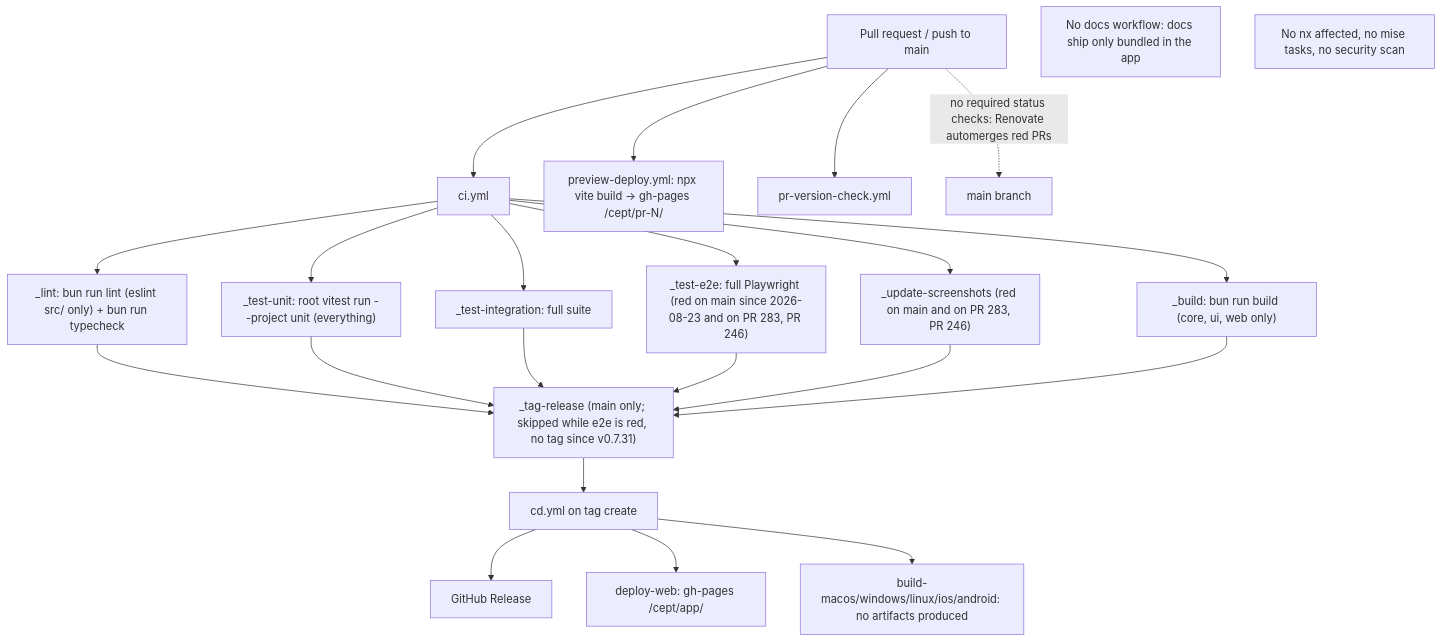
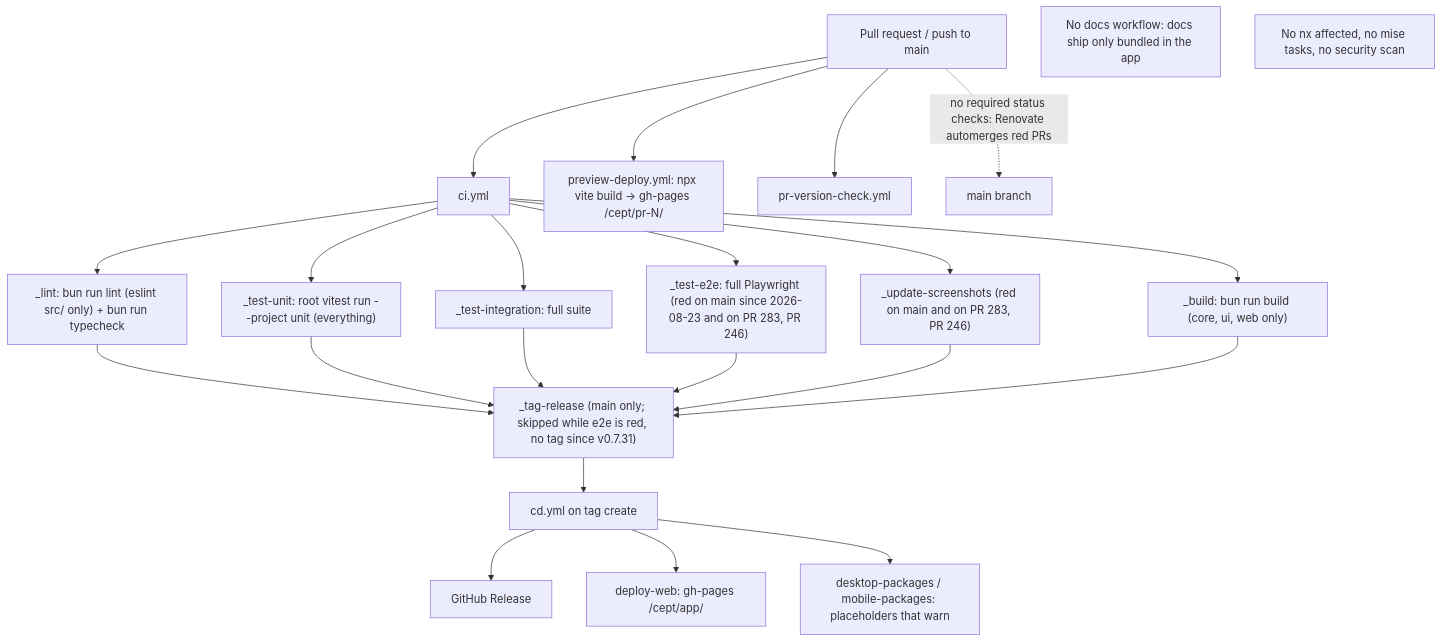
One commit to nsheaps/cept changed the second of 2 diagrams in docs/specs/requirements/10-engineering-and-ci.md. Above: the diagram before and after it, drawn with Mermaid. The commit also changed other lines of this file and 8 other files, not shown here.

````diff
--- a/docs/specs/requirements/10-engineering-and-ci.md
+++ b/docs/specs/requirements/10-engineering-and-ci.md
@@ -98,20 +98,20 @@
 ```mermaid
 flowchart TD
   pr["Pull request / push to main"] --> ci["ci.yml"]
   ci --> lint["_lint: bun run lint (eslint src/ only) + bun run typecheck"]
   ci --> unit["_test-unit: root vitest run --project unit (everything)"]
   ci --> integ["_test-integration: full suite"]
   ci --> e2e["_test-e2e: full Playwright (red on main since 2026-08-23 and on PR 283, PR 246)"]
   ci --> shots["_update-screenshots (red on main and on PR 283, PR 246)"]
   ci --> build["_build: bun run build (core, ui, web only)"]
   pr --> preview["preview-deploy.yml: npx vite build -> gh-pages /cept/pr-N/"]
   pr --> vcheck["pr-version-check.yml"]
   lint & unit & integ & e2e & shots & build --> tag["_tag-release (main only; skipped while e2e is red, no tag since v0.7.31)"]
   pr -.->|"no required status checks: Renovate automerges red PRs"| mainBranch["main branch"]
   tag --> cd["cd.yml on tag create"]
   cd --> rel["GitHub Release"]
   cd --> app["deploy-web: gh-pages /cept/app/"]
-  cd --> nat["build-macos/windows/linux/ios/android: no artifacts produced"]
+  cd --> nat["desktop-packages / mobile-packages: placeholders that warn"]
   nodocs["No docs workflow: docs ship only bundled in the app"]
   noaffected["No nx affected, no mise tasks, no security scan"]
 ```
````
